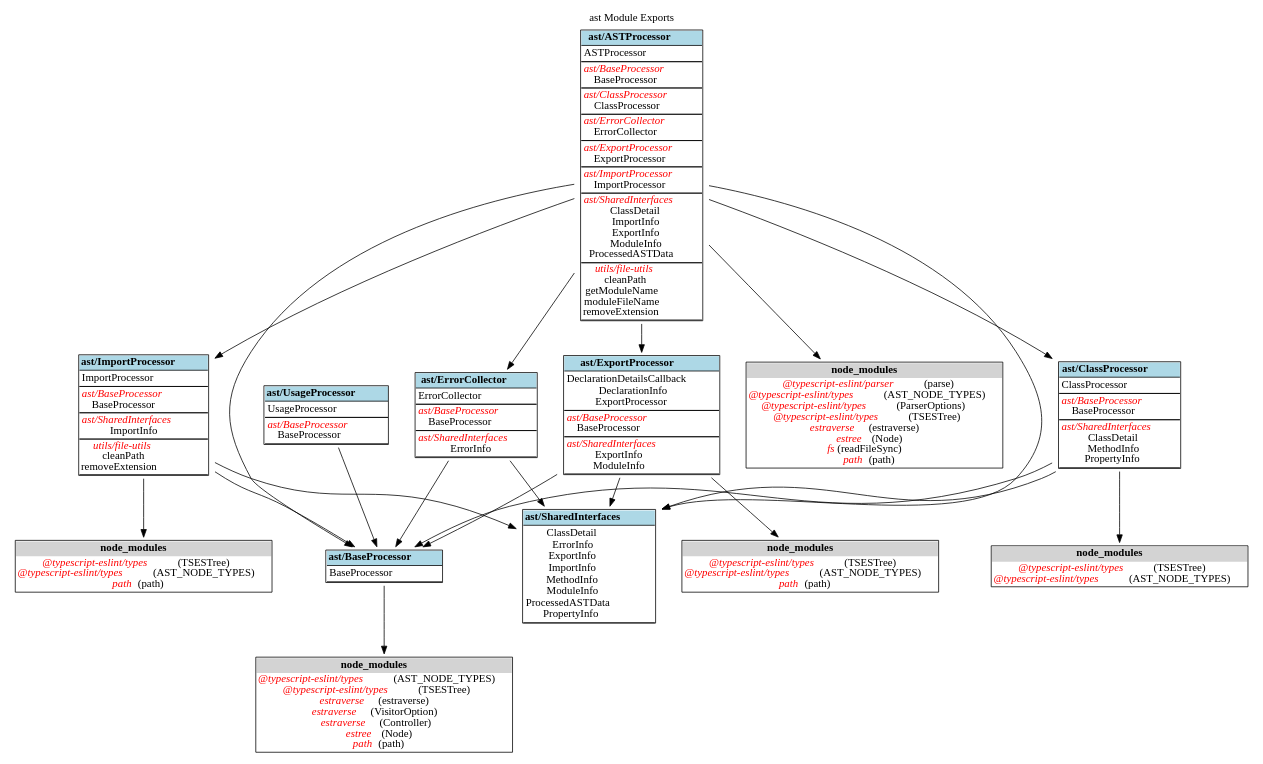
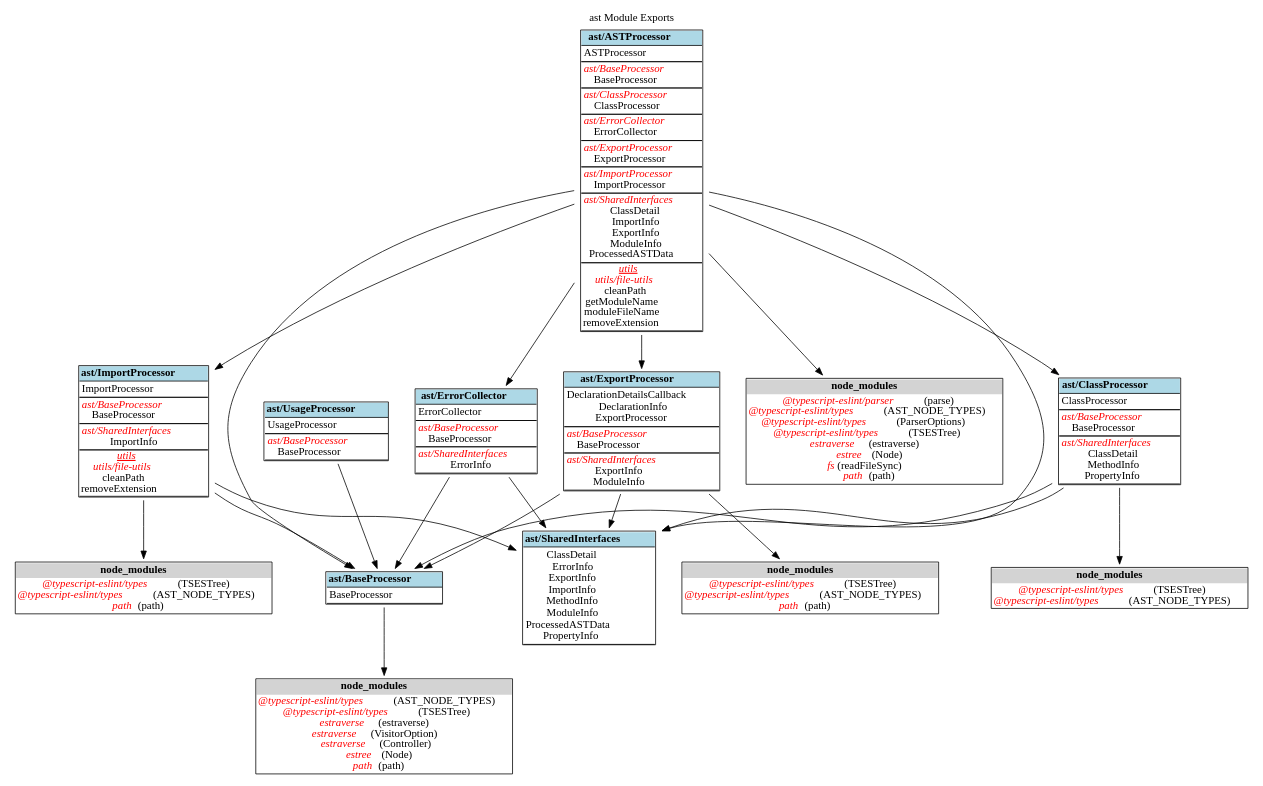
One commit to fleebe/GitHubPages changed the diagram in dep-graph-ts/ast/ExportGraph.dot. Above: the diagram before and after it, drawn with Graphviz. The commit also changed 30 other files, not shown here.

Commit message:
Update docs for dep-graph-ts from fleebe/dep-graph-ts workflow

```diff
--- a/dep-graph-ts/ast/ExportGraph.dot
+++ b/dep-graph-ts/ast/ExportGraph.dot
@@ -33,7 +33,8 @@
 ModuleInfo<BR/>
 ProcessedASTData<BR/>
 </TD></TR>
-<TR><TD BORDER="1" SIDES="TB" cellpadding="1" align="left">
+<TR><TD BORDER="1" SIDES="TB" cellpadding="1" align="left" HREF="diagrams.html#utils" TARGET="_top">
+<font color="red"><I><U>utils</U></I></font><BR/>
 <font color="red"><I>utils/file-utils</I></font><BR/>
 cleanPath<BR/>
 getModuleName<BR/>
@@ -151,7 +152,8 @@
 <font color="red"><I>ast/SharedInterfaces</I></font><BR/>
 ImportInfo<BR/>
 </TD></TR>
-<TR><TD BORDER="1" SIDES="TB" cellpadding="1" align="left">
+<TR><TD BORDER="1" SIDES="TB" cellpadding="1" align="left" HREF="diagrams.html#utils" TARGET="_top">
+<font color="red"><I><U>utils</U></I></font><BR/>
 <font color="red"><I>utils/file-utils</I></font><BR/>
 cleanPath<BR/>
 removeExtension<BR/>
```
